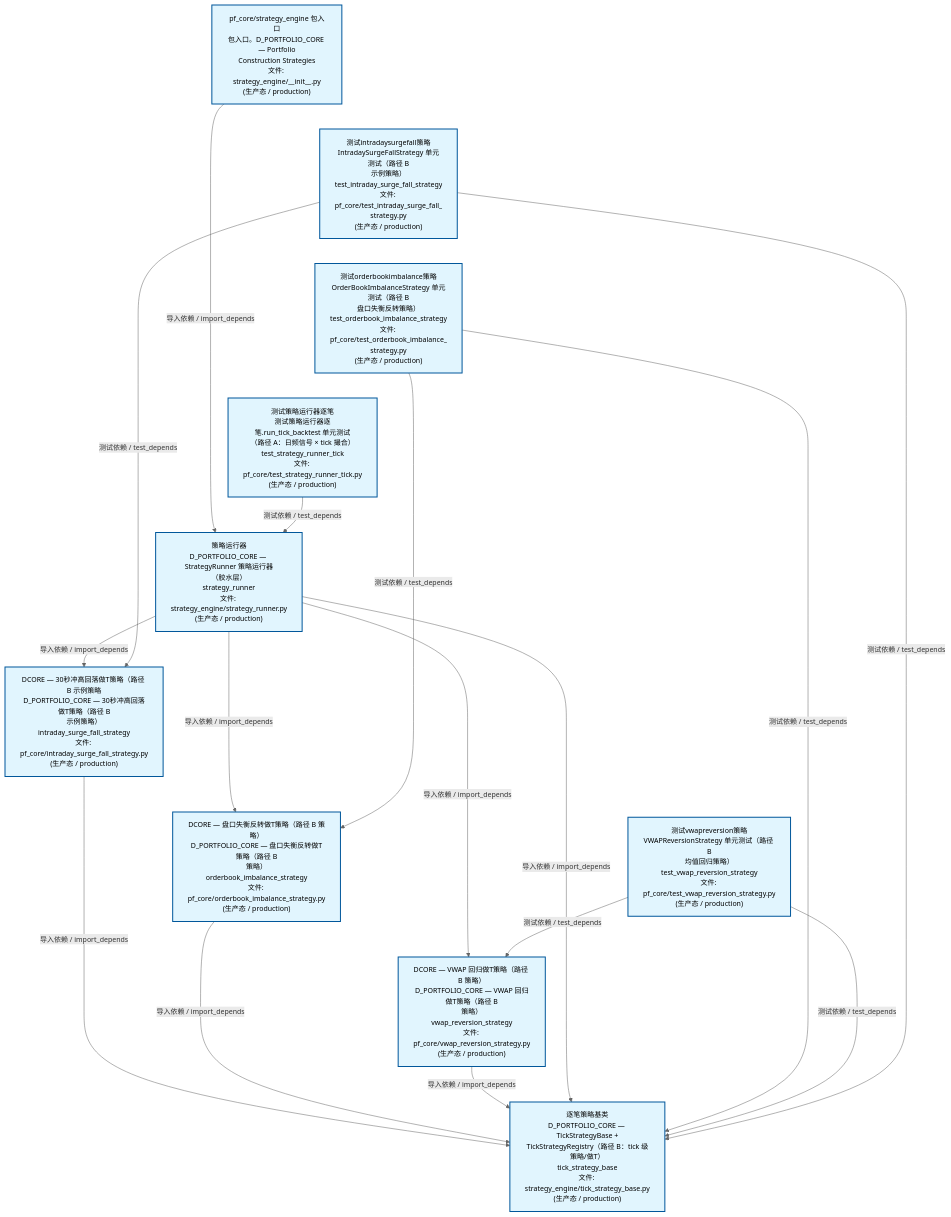
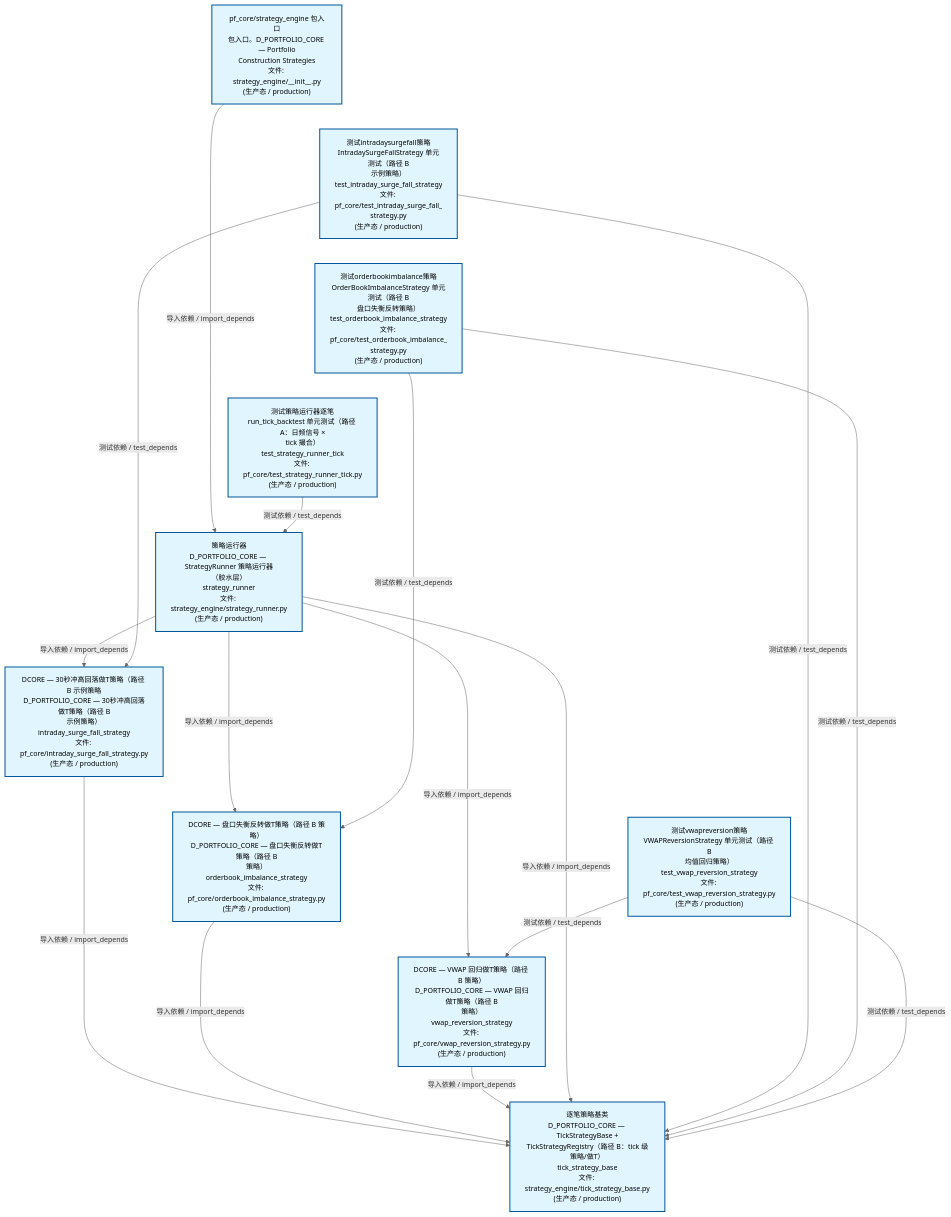
The second of 4 diagrams in docs/02_enterprise_architecture/02_domain_architecture_docs/63_d_pf_core.md (xuanFelixVan/ZephyrAlpha), drawn with Mermaid before and after one commit. The commit also changed other lines of this file and 60 other files, not shown here.

````diff
--- a/docs/02_enterprise_architecture/02_domain_architecture_docs/63_d_pf_core.md
+++ b/docs/02_enterprise_architecture/02_domain_architecture_docs/63_d_pf_core.md
@@ -135,40 +135,40 @@
 ```mermaid
 %%{init: {'theme': 'base', 'themeVariables': {'primaryColor': '#eaeaea', 'primaryTextColor': '#333333', 'primaryBorderColor': '#666666', 'lineColor': '#666666', 'secondaryColor': '#eaeaea', 'tertiaryColor': '#eaeaea', 'fontSize': '14px'}}}%%
 flowchart TD
     src_zephyr_pf_core_strategy_engine_init_py["pf_core/strategy_engine 包入口<br/>包入口。D_PORTFOLIO_CORE — Portfolio<br/>Construction Strategies<br/>文件: strategy_engine/__init__.py<br/>(生产态 / production)"]
     tests_pf_core_test_intraday_surge_fall_strategy_py["测试intradaysurgefall策略<br/>IntradaySurgeFallStrategy 单元测试（路径 B<br/>示例策略）<br/>test_intraday_surge_fall_strategy<br/>文件: pf_core/test_intraday_surge_fall_<br/>strategy.py<br/>(生产态 / production)"]
     tests_pf_core_test_orderbook_imbalance_strategy_py["测试orderbookimbalance策略<br/>OrderBookImbalanceStrategy 单元测试（路径 B<br/>盘口失衡反转策略）<br/>test_orderbook_imbalance_strategy<br/>文件: pf_core/test_orderbook_imbalance_<br/>strategy.py<br/>(生产态 / production)"]
-    tests_pf_core_test_strategy_runner_tick_py["测试策略运行器逐笔<br/>测试策略运行器逐笔.run_tick_backtest 单元测试<br/>（路径 A：日频信号 × tick 撮合）<br/>test_strategy_runner_tick<br/>文件: pf_core/test_strategy_runner_tick.py<br/>(生产态 / production)"]
+    tests_pf_core_test_strategy_runner_tick_py["测试策略运行器逐笔<br/>run_tick_backtest 单元测试（路径 A：日频信号 ×<br/>tick 撮合）<br/>test_strategy_runner_tick<br/>文件: pf_core/test_strategy_runner_tick.py<br/>(生产态 / production)"]
     tests_pf_core_test_vwap_reversion_strategy_py["测试vwapreversion策略<br/>VWAPReversionStrategy 单元测试（路径 B<br/>均值回归策略）<br/>test_vwap_reversion_strategy<br/>文件: pf_core/test_vwap_reversion_strategy.py<br/>(生产态 / production)"]
     src_zephyr_pf_core_strategy_engine_init_py ~~~ tests_pf_core_test_intraday_surge_fall_strategy_py
     tests_pf_core_test_intraday_surge_fall_strategy_py ~~~ tests_pf_core_test_orderbook_imbalance_strategy_py
     tests_pf_core_test_orderbook_imbalance_strategy_py ~~~ tests_pf_core_test_strategy_runner_tick_py
     tests_pf_core_test_strategy_runner_tick_py ~~~ tests_pf_core_test_vwap_reversion_strategy_py
     src_zephyr_pf_core_strategy_engine_strategy_runner_py["策略运行器<br/>D_PORTFOLIO_CORE — StrategyRunner 策略运行器<br/>（胶水层）<br/>strategy_runner<br/>文件: strategy_engine/strategy_runner.py<br/>(生产态 / production)"]
     src_zephyr_pf_core_intraday_surge_fall_strategy_py["DCORE — 30秒冲高回落做T策略（路径 B 示例策略<br/>D_PORTFOLIO_CORE — 30秒冲高回落做T策略（路径 B<br/>示例策略）<br/>intraday_surge_fall_strategy<br/>文件: pf_core/intraday_surge_fall_strategy.py<br/>(生产态 / production)"]
     src_zephyr_pf_core_orderbook_imbalance_strategy_py["DCORE — 盘口失衡反转做T策略（路径 B 策略）<br/>D_PORTFOLIO_CORE — 盘口失衡反转做T策略（路径 B<br/>策略）<br/>orderbook_imbalance_strategy<br/>文件: pf_core/orderbook_imbalance_strategy.py<br/>(生产态 / production)"]
     src_zephyr_pf_core_vwap_reversion_strategy_py["DCORE — VWAP 回归做T策略（路径 B 策略）<br/>D_PORTFOLIO_CORE — VWAP 回归做T策略（路径 B<br/>策略）<br/>vwap_reversion_strategy<br/>文件: pf_core/vwap_reversion_strategy.py<br/>(生产态 / production)"]
     src_zephyr_pf_core_intraday_surge_fall_strategy_py ~~~ src_zephyr_pf_core_orderbook_imbalance_strategy_py
     src_zephyr_pf_core_orderbook_imbalance_strategy_py ~~~ src_zephyr_pf_core_vwap_reversion_strategy_py
     src_zephyr_pf_core_strategy_engine_tick_strategy_base_py["逐笔策略基类<br/>D_PORTFOLIO_CORE — TickStrategyBase +<br/>TickStrategyRegistry（路径 B：tick 级策略/做T）<br/>tick_strategy_base<br/>文件: strategy_engine/tick_strategy_base.py<br/>(生产态 / production)"]
     src_zephyr_pf_core_intraday_surge_fall_strategy_py -->|导入依赖 / import_depends| src_zephyr_pf_core_strategy_engine_tick_strategy_base_py
     src_zephyr_pf_core_orderbook_imbalance_strategy_py -->|导入依赖 / import_depends| src_zephyr_pf_core_strategy_engine_tick_strategy_base_py
     src_zephyr_pf_core_vwap_reversion_strategy_py -->|导入依赖 / import_depends| src_zephyr_pf_core_strategy_engine_tick_strategy_base_py
+    src_zephyr_pf_core_strategy_engine_init_py -->|导入依赖 / import_depends| src_zephyr_pf_core_strategy_engine_strategy_runner_py
     src_zephyr_pf_core_strategy_engine_strategy_runner_py -->|导入依赖 / import_depends| src_zephyr_pf_core_intraday_surge_fall_strategy_py
     src_zephyr_pf_core_strategy_engine_strategy_runner_py -->|导入依赖 / import_depends| src_zephyr_pf_core_orderbook_imbalance_strategy_py
     src_zephyr_pf_core_strategy_engine_strategy_runner_py -->|导入依赖 / import_depends| src_zephyr_pf_core_vwap_reversion_strategy_py
     src_zephyr_pf_core_strategy_engine_strategy_runner_py -->|导入依赖 / import_depends| src_zephyr_pf_core_strategy_engine_tick_strategy_base_py
-    src_zephyr_pf_core_strategy_engine_init_py -->|导入依赖 / import_depends| src_zephyr_pf_core_strategy_engine_strategy_runner_py
+    tests_pf_core_test_intraday_surge_fall_strategy_py -->|测试依赖 / test_depends| src_zephyr_pf_core_intraday_surge_fall_strategy_py
+    tests_pf_core_test_intraday_surge_fall_strategy_py -->|测试依赖 / test_depends| src_zephyr_pf_core_strategy_engine_tick_strategy_base_py
     tests_pf_core_test_orderbook_imbalance_strategy_py -->|测试依赖 / test_depends| src_zephyr_pf_core_orderbook_imbalance_strategy_py
     tests_pf_core_test_orderbook_imbalance_strategy_py -->|测试依赖 / test_depends| src_zephyr_pf_core_strategy_engine_tick_strategy_base_py
     tests_pf_core_test_vwap_reversion_strategy_py -->|测试依赖 / test_depends| src_zephyr_pf_core_vwap_reversion_strategy_py
     tests_pf_core_test_vwap_reversion_strategy_py -->|测试依赖 / test_depends| src_zephyr_pf_core_strategy_engine_tick_strategy_base_py
-    tests_pf_core_test_intraday_surge_fall_strategy_py -->|测试依赖 / test_depends| src_zephyr_pf_core_intraday_surge_fall_strategy_py
-    tests_pf_core_test_intraday_surge_fall_strategy_py -->|测试依赖 / test_depends| src_zephyr_pf_core_strategy_engine_tick_strategy_base_py
     tests_pf_core_test_strategy_runner_tick_py -->|测试依赖 / test_depends| src_zephyr_pf_core_strategy_engine_strategy_runner_py
     classDef production fill:#e1f5fe,stroke:#01579b,stroke-width:2px,color:#000
     classDef design fill:#fff3e0,stroke:#e65100,stroke-width:2px,color:#000,stroke-dasharray: 5 5
     classDef external_prod fill:#e8f4fd,stroke:#0277bd,stroke-width:1px,color:#000
     classDef external_design fill:#fff8e7,stroke:#ef6c00,stroke-width:1px,color:#000,stroke-dasharray: 5 5
     class src_zephyr_pf_core_intraday_surge_fall_strategy_py,src_zephyr_pf_core_orderbook_imbalance_strategy_py,src_zephyr_pf_core_strategy_engine_init_py,src_zephyr_pf_core_strategy_engine_strategy_runner_py,src_zephyr_pf_core_strategy_engine_tick_strategy_base_py,src_zephyr_pf_core_vwap_reversion_strategy_py,tests_pf_core_test_intraday_surge_fall_strategy_py,tests_pf_core_test_orderbook_imbalance_strategy_py,tests_pf_core_test_strategy_runner_tick_py,tests_pf_core_test_vwap_reversion_strategy_py production
 ```
````
